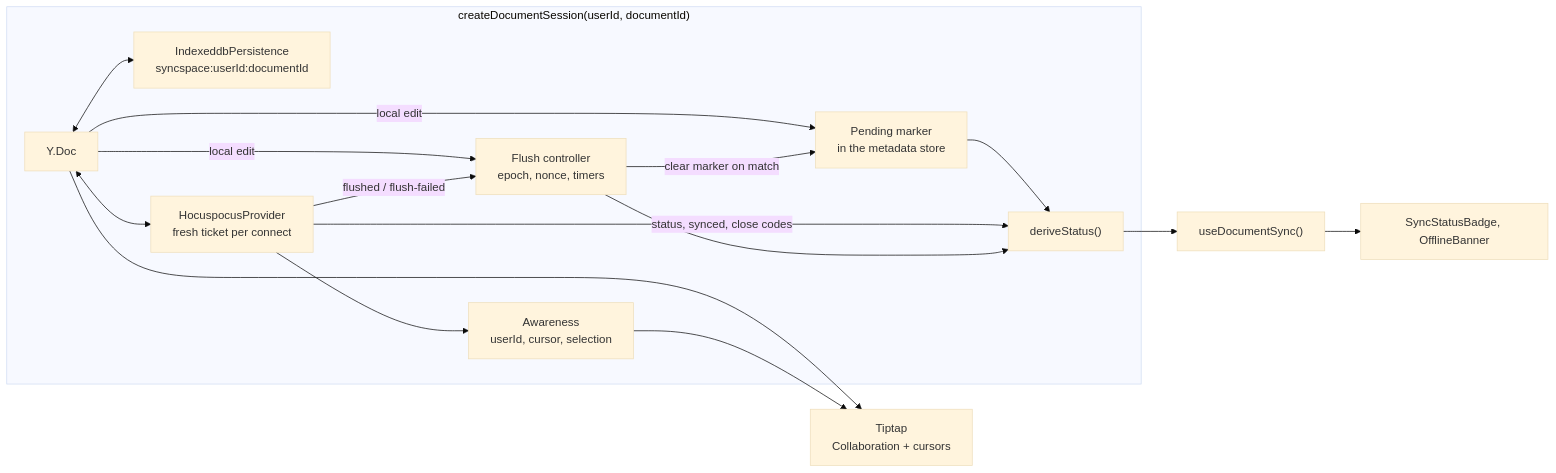
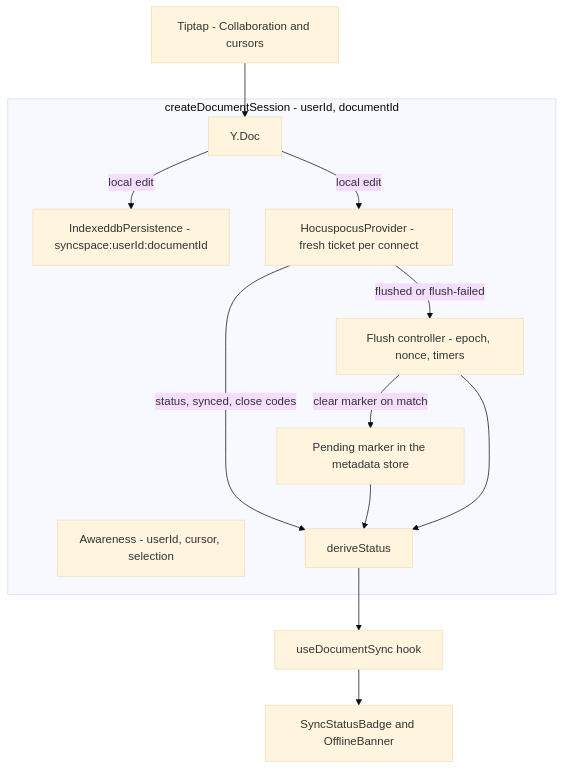
Before and after one commit to syncspace-app/syncspace: diagram 13 of 18 in docs/architecture-lld.md, drawn with Mermaid (base theme). The commit also changed other lines of this file and 2 other files, not shown here.

````diff
--- a/docs/architecture-lld.md
+++ b/docs/architecture-lld.md
@@ -617,29 +727,22 @@
 ```mermaid
-flowchart LR
-  subgraph SES["createDocumentSession(userId, documentId)"]
-    YD["Y.Doc"]
-    IDB["IndexeddbPersistence<br/>syncspace:userId:documentId"]
-    PRV["HocuspocusProvider<br/>fresh ticket per connect"]
-    AW["Awareness<br/>userId, cursor, selection"]
-    FL["Flush controller<br/>epoch, nonce, timers"]
-    PM["Pending marker<br/>in the metadata store"]
-    DS["deriveStatus()"]
+flowchart TB
+  subgraph S[createDocumentSession - userId, documentId]
+    YD[Y.Doc]
+    IDBP[IndexeddbPersistence - syncspace:userId:documentId]
+    HPP[HocuspocusProvider - fresh ticket per connect]
+    AW[Awareness - userId, cursor, selection]
+    FC[Flush controller - epoch, nonce, timers]
+    PM[Pending marker in the metadata store]
+    DS[deriveStatus]
   end
-  TT["Tiptap<br/>Collaboration + cursors"]
-  HK["useDocumentSync()"]
-  BG["SyncStatusBadge, OfflineBanner"]
-
-  YD <--> IDB
-  YD <--> PRV
-  PRV --> AW
-  YD -->|"local edit"| PM
-  YD -->|"local edit"| FL
-  PRV -->|"flushed / flush-failed"| FL
-  FL -->|"clear marker on match"| PM
+  YD -->|local edit| IDBP
+  YD -->|local edit| HPP
+  HPP -->|flushed or flush-failed| FC
+  FC -->|clear marker on match| PM
+  HPP -->|status, synced, close codes| DS
   PM --> DS
-  PRV -->|"status, synced, close codes"| DS
-  FL --> DS
-  YD --> TT
-  AW --> TT
-  DS --> HK --> BG
+  FC --> DS
+  TT[Tiptap - Collaboration and cursors] --> YD
+  DS --> HK[useDocumentSync hook]
+  HK --> UI[SyncStatusBadge and OfflineBanner]
 ```
````
